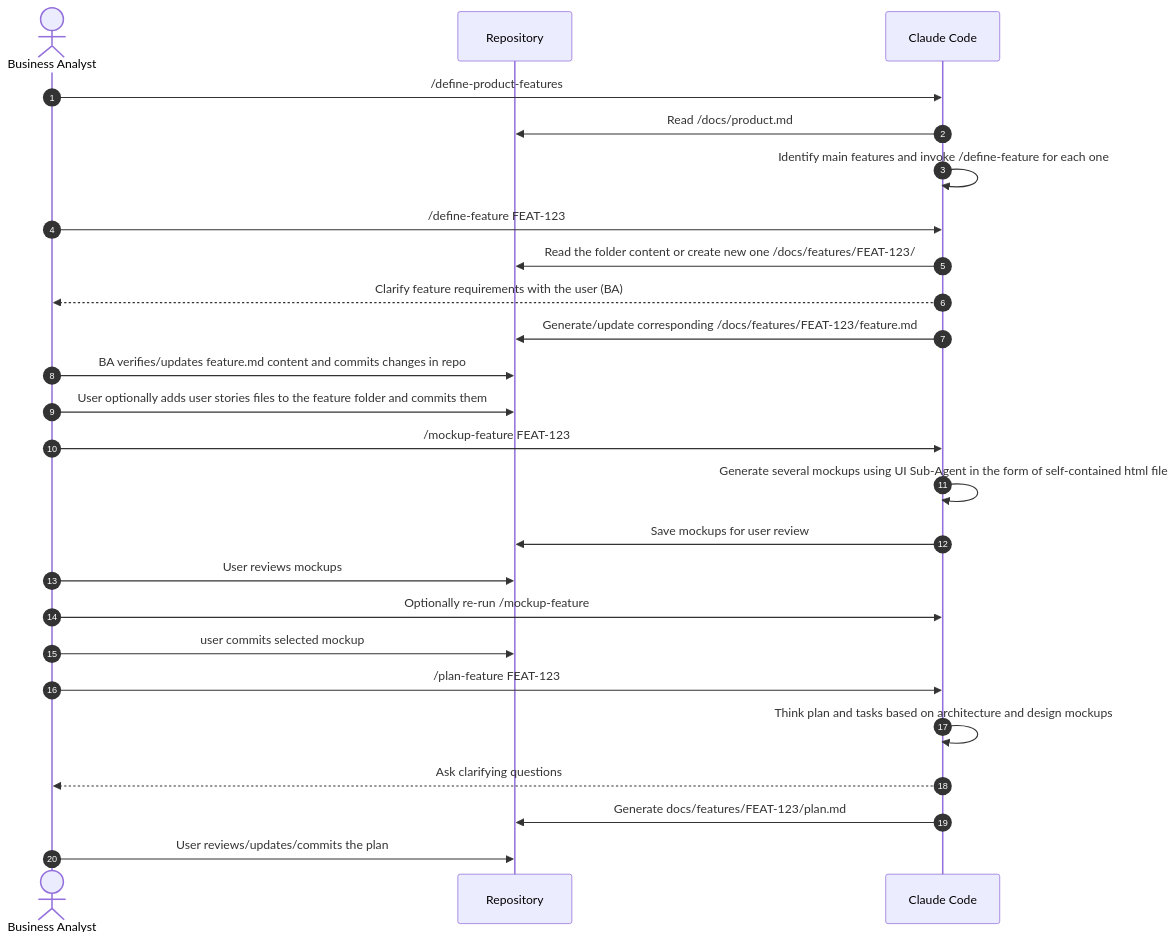
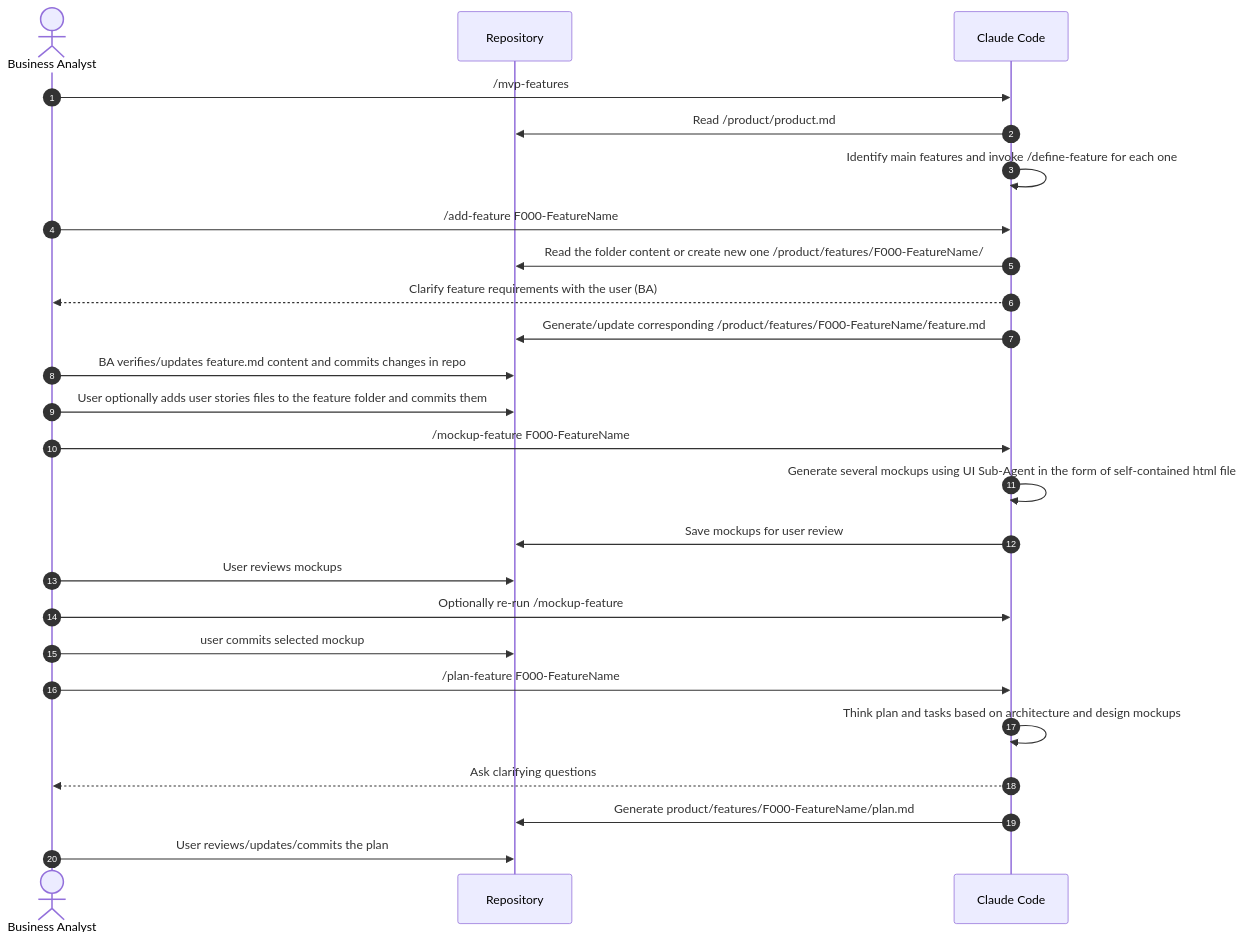
The fourth of 5 diagrams in README.md (andpush/product-flow), drawn with Mermaid before and after one commit. The commit also changed other lines of this file, not shown here.

````diff
--- a/README.md
+++ b/README.md
@@ -262,36 +263,36 @@
 ```mermaid
 sequenceDiagram
     autonumber
     actor U as Business Analyst
     participant R as Repository
     participant C as Claude Code
 
     %% Derive features from Product definition
-    U->>C: /define-product-features
-    C->>R: Read /docs/product.md
+    U->>C: /mvp-features
+    C->>R: Read /product/product.md
     C->>C: Identify main features and invoke /define-feature for each one
 
-    %% Define Feature
-    U->>C: /define-feature FEAT-123
-    C->>R: Read the folder content or create new one /docs/features/FEAT-123/
+    %% Add Feature
+    U->>C: /add-feature F000-FeatureName
+    C->>R: Read the folder content or create new one /product/features/F000-FeatureName/
     C-->>U: Clarify feature requirements with the user (BA)
-    C->>R: Generate/update corresponding /docs/features/FEAT-123/feature.md
+    C->>R: Generate/update corresponding /product/features/F000-FeatureName/feature.md
     U->>R: BA verifies/updates feature.md content and commits changes in repo
     U->>R: User optionally adds user stories files to the feature folder and commits them
 
     %% UI Design Mockups
-    U->>C: /mockup-feature FEAT-123
+    U->>C: /mockup-feature F000-FeatureName
     C->>C: Generate several mockups using UI Sub-Agent in the form of self-contained html file
     C->>R: Save mockups for user review
     U->>R: User reviews mockups
     U->>C: Optionally re-run /mockup-feature 
     U->>R: user commits selected mockup
 
     %% Plan feature
-    U->>C: /plan-feature FEAT-123
+    U->>C: /plan-feature F000-FeatureName
     C->>C: Think plan and tasks based on architecture and design mockups
     C-->>U: Ask clarifying questions
-    C->>R: Generate docs/features/FEAT-123/plan.md
+    C->>R: Generate product/features/F000-FeatureName/plan.md
     U->>R: User reviews/updates/commits the plan
     
 ```
````
